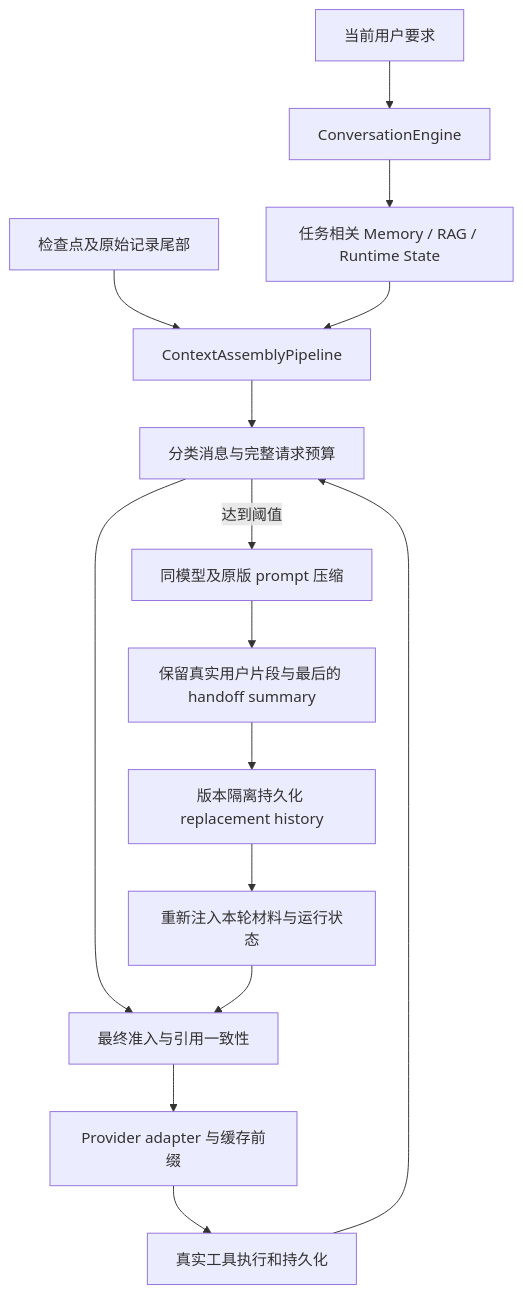
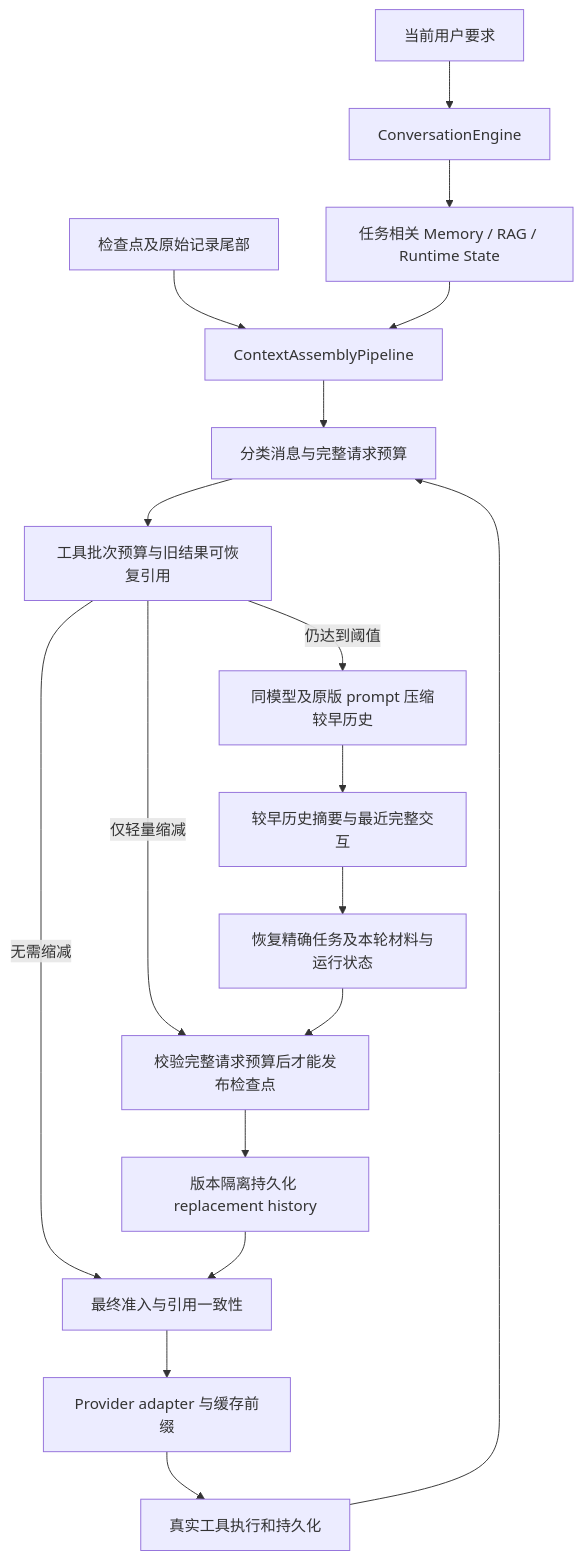
The diagram in docs/architecture/context-management-lifecycle.md (studyzhige-ui/Interview_Copilot), drawn with Mermaid before and after one commit. The commit also changed other lines of this file and 14 other files, not shown here.

````diff
--- a/docs/architecture/context-management-lifecycle.md
+++ b/docs/architecture/context-management-lifecycle.md
@@ -5,17 +5,20 @@
 ```mermaid
 flowchart TD
     U[当前用户要求] --> E[ConversationEngine]
     S[检查点及原始记录尾部] --> A[ContextAssemblyPipeline]
     E --> R[任务相关 Memory / RAG / Runtime State]
     R --> A
     A --> C[分类消息与完整请求预算]
-    C -->|达到阈值| K[同模型及原版 prompt 压缩]
-    K --> P[保留真实用户片段与最后的 handoff summary]
-    P --> DB[版本隔离持久化 replacement history]
-    DB --> I[重新注入本轮材料与运行状态]
-    C --> F[最终准入与引用一致性]
-    I --> F
+    C --> B[工具批次预算与旧结果可恢复引用]
+    B -->|仍达到阈值| K[同模型及原版 prompt 压缩较早历史]
+    K --> P[较早历史摘要与最近完整交互]
+    B -->|仅轻量缩减| V
+    P --> I[恢复精确任务及本轮材料与运行状态]
+    I --> V[校验完整请求预算后才能发布检查点]
+    V --> DB[版本隔离持久化 replacement history]
+    B -->|无需缩减| F[最终准入与引用一致性]
+    DB --> F
     F --> M[Provider adapter 与缓存前缀]
     M --> T[真实工具执行和持久化]
     T --> C
 ```
````
